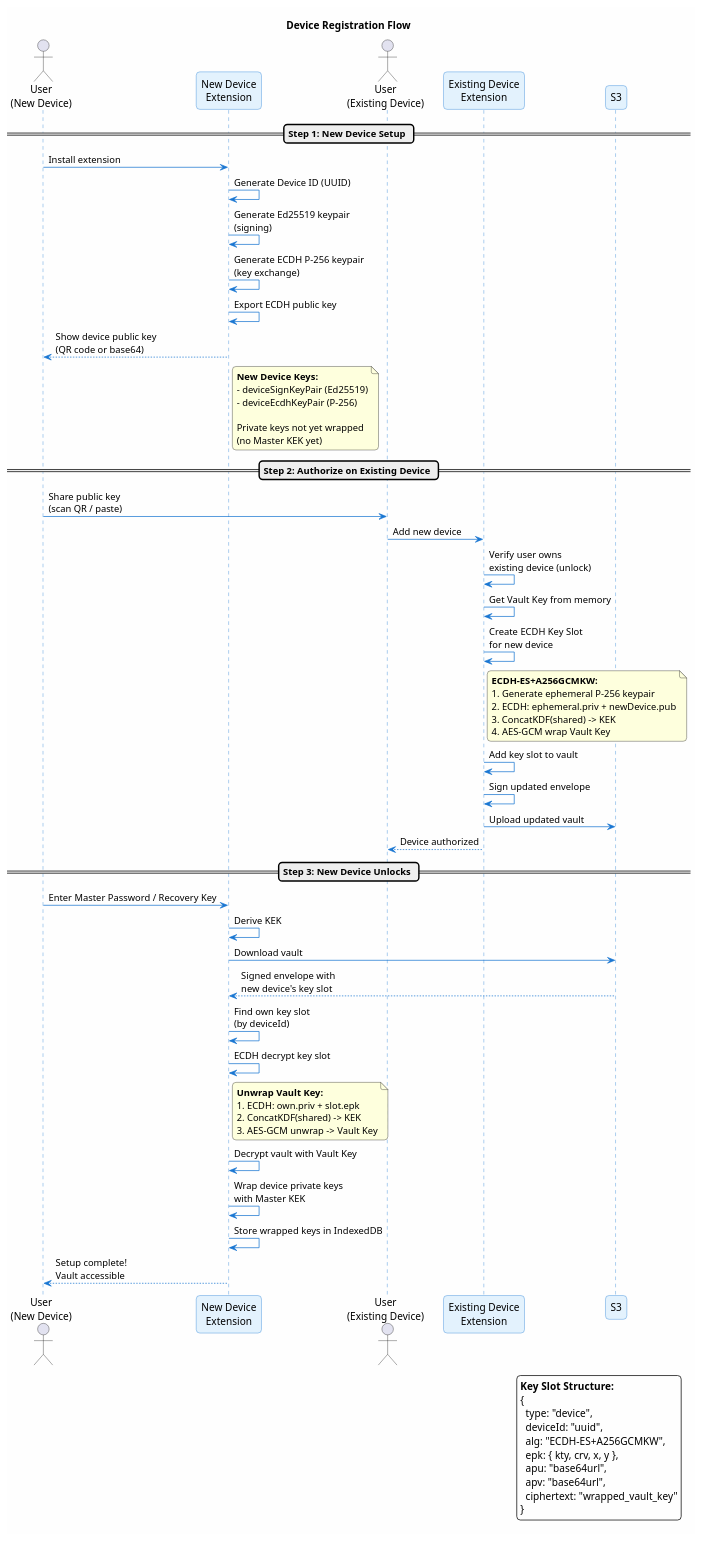
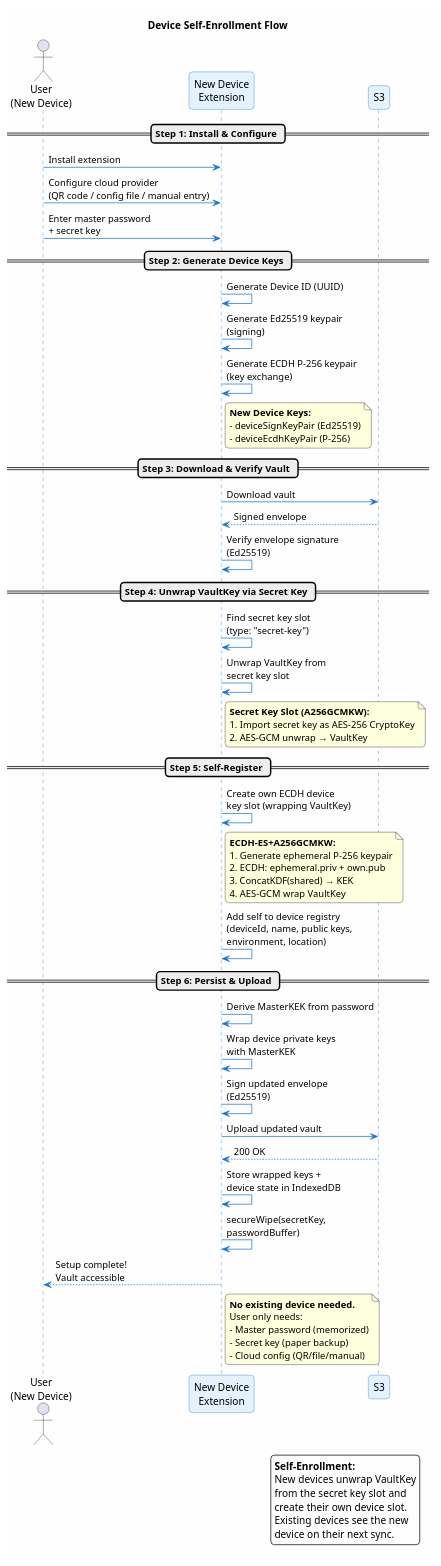
One commit to ArionStudio/engr-serverless-pm changed the diagram in docs/architecture/sequence/03-multi-device-registration.sequence.puml. Above: the diagram before and after it, drawn with PlantUML. The commit also changed 12 other files, not shown here.

First line of the commit message:
feat(extension): rename recovery key to secret key and add self-enrollment device flow

```diff
--- a/docs/architecture/sequence/03-multi-device-registration.sequence.puml
+++ b/docs/architecture/sequence/03-multi-device-registration.sequence.puml
@@ -1,100 +1,99 @@
 @startuml 03-multi-device-registration
-title Device Registration Flow
+title Device Self-Enrollment Flow
 
 skinparam backgroundColor #FEFEFE
 skinparam roundcorner 10
 skinparam shadowing false
 
 skinparam sequence {
     ArrowColor #1976D2
     LifeLineBorderColor #1976D2
     ParticipantBackgroundColor #E3F2FD
     ParticipantBorderColor #1976D2
 }
 
-actor "User\n(New Device)" as userNew
+actor "User\n(New Device)" as user
 participant "New Device\nExtension" as newDev
-actor "User\n(Existing Device)" as userExisting
-participant "Existing Device\nExtension" as existingDev
 participant "S3" as s3
 
-== Step 1: New Device Setup ==
+== Step 1: Install & Configure ==
 
-userNew -> newDev : Install extension
+user -> newDev : Install extension
+user -> newDev : Configure cloud provider\n(QR code / config file / manual entry)
+user -> newDev : Enter master password\n+ secret key
+
+== Step 2: Generate Device Keys ==
+
 newDev -> newDev : Generate Device ID (UUID)
 newDev -> newDev : Generate Ed25519 keypair\n(signing)
 newDev -> newDev : Generate ECDH P-256 keypair\n(key exchange)
-
-newDev -> newDev : Export ECDH public key
-newDev --> userNew : Show device public key\n(QR code or base64)
 
 note right of newDev
     **New Device Keys:**
     - deviceSignKeyPair (Ed25519)
     - deviceEcdhKeyPair (P-256)
-
-    Private keys not yet wrapped
-    (no Master KEK yet)
 end note
 
-== Step 2: Authorize on Existing Device ==
+== Step 3: Download & Verify Vault ==
 
-userNew -> userExisting : Share public key\n(scan QR / paste)
-userExisting -> existingDev : Add new device
+newDev -> s3 : Download vault
+s3 --> newDev : Signed envelope
 
-existingDev -> existingDev : Verify user owns\nexisting device (unlock)
+newDev -> newDev : Verify envelope signature\n(Ed25519)
 
-existingDev -> existingDev : Get Vault Key from memory
+== Step 4: Unwrap VaultKey via Secret Key ==
 
-existingDev -> existingDev : Create ECDH Key Slot\nfor new device
-note right of existingDev
+newDev -> newDev : Find secret key slot\n(type: "secret-key")
+newDev -> newDev : Unwrap VaultKey from\nsecret key slot
+
+note right of newDev
+    **Secret Key Slot (A256GCMKW):**
+    1. Import secret key as AES-256 CryptoKey
+    2. AES-GCM unwrap → VaultKey
+end note
+
+== Step 5: Self-Register ==
+
+newDev -> newDev : Create own ECDH device\nkey slot (wrapping VaultKey)
+note right of newDev
     **ECDH-ES+A256GCMKW:**
     1. Generate ephemeral P-256 keypair
-    2. ECDH: ephemeral.priv + newDevice.pub
-    3. ConcatKDF(shared) -> KEK
-    4. AES-GCM wrap Vault Key
+    2. ECDH: ephemeral.priv + own.pub
+    3. ConcatKDF(shared) → KEK
+    4. AES-GCM wrap VaultKey
 end note
 
-existingDev -> existingDev : Add key slot to vault
-existingDev -> existingDev : Sign updated envelope
-existingDev -> s3 : Upload updated vault
+newDev -> newDev : Add self to device registry\n(deviceId, name, public keys,\nenvironment, location)
 
-existingDev --> userExisting : Device authorized
+== Step 6: Persist & Upload ==
 
-== Step 3: New Device Unlocks ==
+newDev -> newDev : Derive MasterKEK from password
+newDev -> newDev : Wrap device private keys\nwith MasterKEK
+newDev -> newDev : Sign updated envelope\n(Ed25519)
 
-userNew -> newDev : Enter Master Password / Recovery Key
-newDev -> newDev : Derive KEK
+newDev -> s3 : Upload updated vault
+s3 --> newDev : 200 OK
 
-newDev -> s3 : Download vault
-s3 --> newDev : Signed envelope with\nnew device's key slot
+newDev -> newDev : Store wrapped keys +\ndevice state in IndexedDB
+newDev -> newDev : secureWipe(secretKey,\npasswordBuffer)
 
-newDev -> newDev : Find own key slot\n(by deviceId)
-newDev -> newDev : ECDH decrypt key slot
+newDev --> user : Setup complete!\nVault accessible
+
 note right of newDev
-    **Unwrap Vault Key:**
-    1. ECDH: own.priv + slot.epk
-    2. ConcatKDF(shared) -> KEK
-    3. AES-GCM unwrap -> Vault Key
+    **No existing device needed.**
+    User only needs:
+    - Master password (memorized)
+    - Secret key (paper backup)
+    - Cloud config (QR/file/manual)
 end note
 
-newDev -> newDev : Decrypt vault with Vault Key
-newDev -> newDev : Wrap device private keys\nwith Master KEK
-newDev -> newDev : Store wrapped keys in IndexedDB
-
-newDev --> userNew : Setup complete!\nVault accessible
-
 legend right
-    **Key Slot Structure:**
-    {
-      type: "device",
-      deviceId: "uuid",
-      alg: "ECDH-ES+A256GCMKW",
-      epk: { kty, crv, x, y },
-      apu: "base64url",
-      apv: "base64url",
-      ciphertext: "wrapped_vault_key"
-    }
+    **Self-Enrollment:**
+    New devices unwrap VaultKey
+    from the secret key slot and
+    create their own device slot.
+    Existing devices see the new
+    device on their next sync.
 endlegend
 
 @enduml
```
